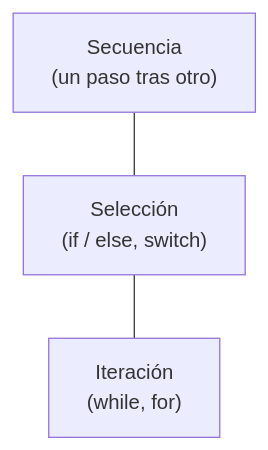
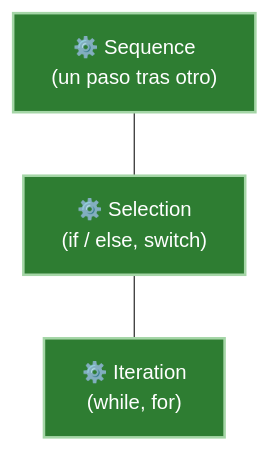
One commit to JavierMachucaA/clean-architecture-guia changed the first of 3 diagrams in 02-paradigmas-de-programacion/01-programacion-estructurada.md. Above: the diagram before and after it, drawn with Mermaid. The commit also changed other lines of this file and 45 other files, not shown here.

````diff
--- a/02-paradigmas-de-programacion/01-programacion-estructurada.md
+++ b/02-paradigmas-de-programacion/01-programacion-estructurada.md
@@ -13,7 +13,11 @@
 ```mermaid
 flowchart TD
-    A["Secuencia<br/>(un paso tras otro)"] 
-    B["Selección<br/>(if / else, switch)"]
-    C["Iteración<br/>(while, for)"]
+    A["⚙️ Sequence<br/>(un paso tras otro)"]
+    B["⚙️ Selection<br/>(if / else, switch)"]
+    C["⚙️ Iteration<br/>(while, for)"]
     A --- B --- C
+
+    style A fill:#2e7d32,stroke:#a5d6a7,color:#fff,stroke-width:2px
+    style B fill:#2e7d32,stroke:#a5d6a7,color:#fff,stroke-width:2px
+    style C fill:#2e7d32,stroke:#a5d6a7,color:#fff,stroke-width:2px
 ```
````
